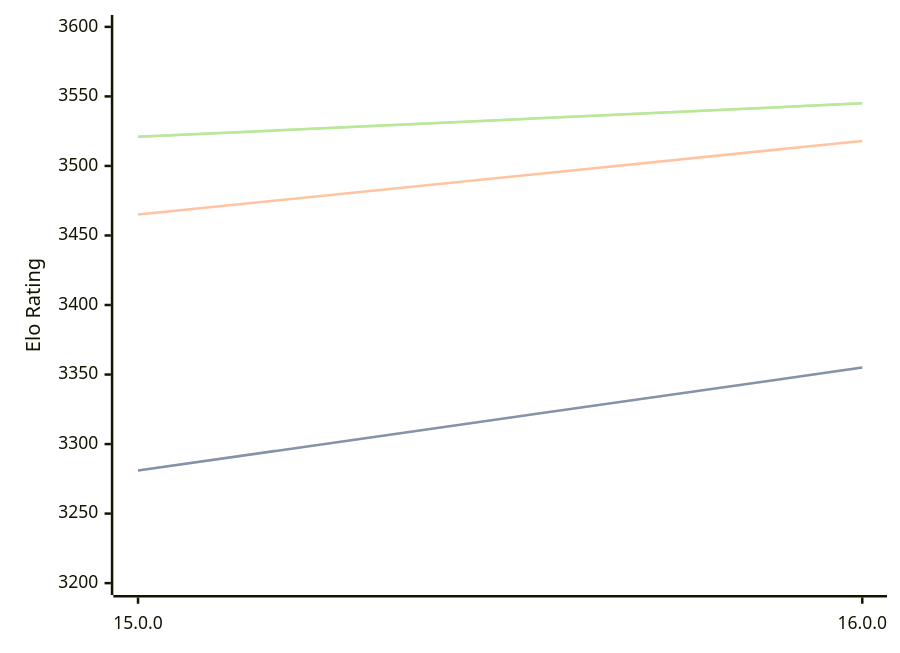
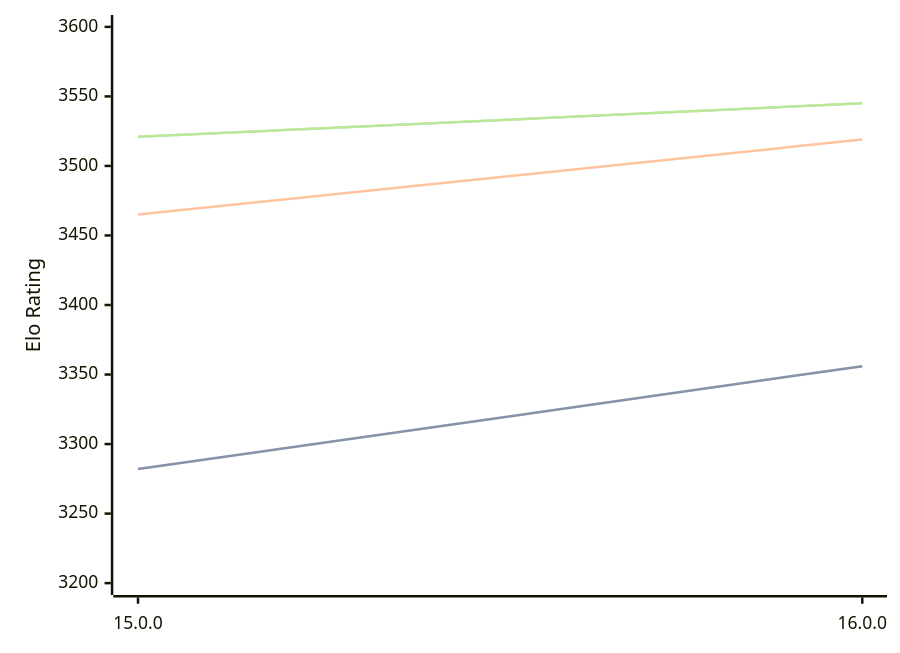
Before and after one commit to computer-chess-index/cci: the diagram in engines/Halogen.md, drawn with Mermaid. The commit also changed other lines of this file, not shown here.

````diff
--- a/engines/Halogen.md
+++ b/engines/Halogen.md
@@ -32,11 +32,11 @@
 ```mermaid
 %%{init: {"theme":"base","themeVariables":{"seriesColors:['#a3a3a3','#222221','#faa371']}}}%%
 xychart-beta
   x-axis ["15.0.0", "16.0.0"]
   y-axis "Elo Rating" 3200 --> 3600
-  line "STC (8.0+0.08s)" [3281, 3355]
-  line "STC (8.0+0.08s)" [3281, 3355]
-  line "LTC (60.0+0.60s)" [3465, 3518]
+  line "STC (8.0+0.08s)" [3282, 3356]
+  line "STC (8.0+0.08s)" [3282, 3356]
+  line "LTC (60.0+0.60s)" [3465, 3519]
   line "VLTC (2m24s+1.12s)" [3521, 3545]
   line "VLTC (2m24s+1.12s)" [3521, 3545]
 ```
````
